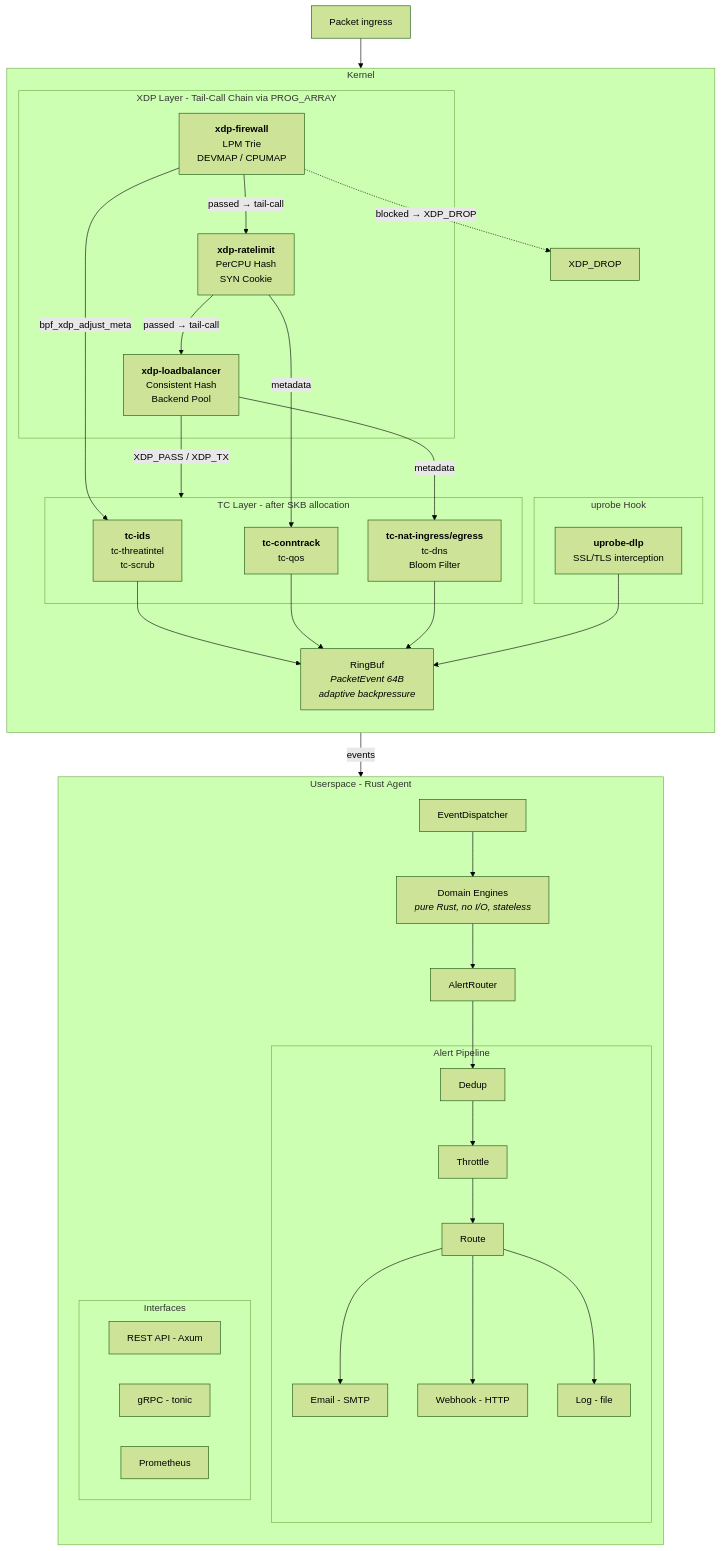
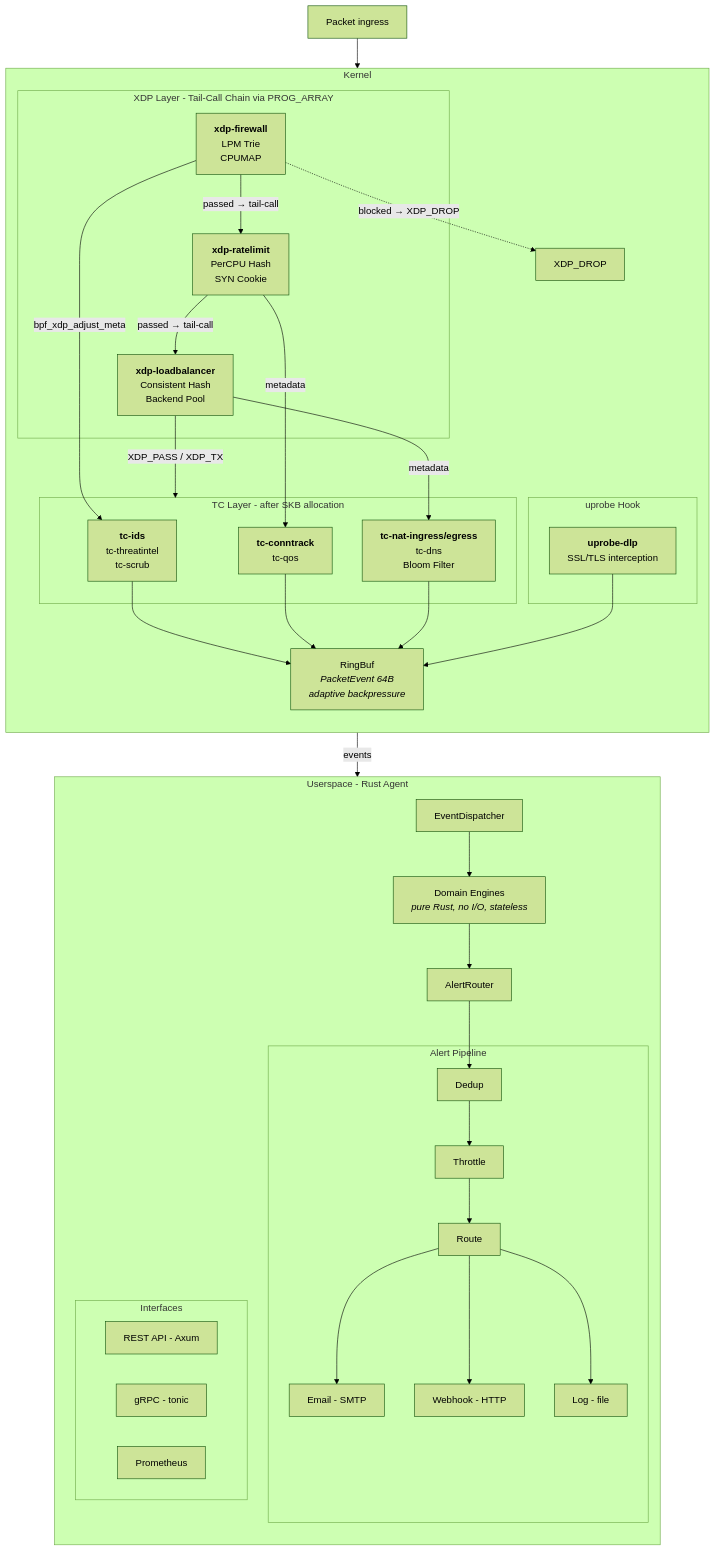
The diagram in docs/getting-started/concepts.md (ebpfsentinel/ebpfsentinel-docs), drawn with Mermaid (forest theme) before and after one commit. The commit also changed 13 other files, not shown here.

````diff
--- a/docs/getting-started/concepts.md
+++ b/docs/getting-started/concepts.md
@@ -10,67 +10,67 @@
 ```mermaid
 graph TD
     subgraph Kernel["Kernel"]
         direction TB
 
         subgraph XDP["XDP Layer - Tail-Call Chain via PROG_ARRAY"]
-            XDP_FW["<b>xdp-firewall</b><br/>LPM Trie<br/>DEVMAP / CPUMAP"]
+            XDP_FW["<b>xdp-firewall</b><br/>LPM Trie<br/>CPUMAP"]
             XDP_RL["<b>xdp-ratelimit</b><br/>PerCPU Hash<br/>SYN Cookie"]
             XDP_LB["<b>xdp-loadbalancer</b><br/>Consistent Hash<br/>Backend Pool"]
         end
 
         XDP_FW -- "passed → tail-call" --> XDP_RL
         XDP_RL -- "passed → tail-call" --> XDP_LB
         XDP_FW -. "blocked → XDP_DROP" .-> DROP["XDP_DROP"]
         XDP_LB -- "XDP_PASS / XDP_TX" --> TC_layer
 
         subgraph UPROBE["uprobe Hook"]
             DLP["<b>uprobe-dlp</b><br/>SSL/TLS interception"]
         end
 
         subgraph TC_layer["TC Layer - after SKB allocation"]
             TC_IDS["<b>tc-ids</b><br/>tc-threatintel<br/>tc-scrub"]
             TC_CT["<b>tc-conntrack</b><br/>tc-qos"]
             TC_NAT["<b>tc-nat-ingress/egress</b><br/>tc-dns<br/>Bloom Filter"]
         end
 
         XDP_FW -- "bpf_xdp_adjust_meta" --> TC_IDS
         XDP_RL -- "metadata" --> TC_CT
         XDP_LB -- "metadata" --> TC_NAT
 
         RB["RingBuf<br/><i>PacketEvent 64B</i><br/><i>adaptive backpressure</i>"]
 
         TC_IDS --> RB
         TC_CT --> RB
         TC_NAT --> RB
         DLP --> RB
     end
 
     subgraph Userspace["Userspace - Rust Agent"]
         direction TB
 
         ED["EventDispatcher"]
         DE["Domain Engines<br/><i>pure Rust, no I/O, stateless</i>"]
         AR["AlertRouter"]
 
         ED --> DE --> AR
 
         subgraph AlertPipeline["Alert Pipeline"]
             DEDUP["Dedup"] --> THROTTLE["Throttle"] --> ROUTE["Route"]
             ROUTE --> EMAIL["Email - SMTP"]
             ROUTE --> WEBHOOK["Webhook - HTTP"]
             ROUTE --> LOG["Log - file"]
         end
 
         AR --> DEDUP
 
         subgraph APIs["Interfaces"]
             REST["REST API - Axum"]
             GRPC["gRPC - tonic"]
             PROM["Prometheus"]
         end
     end
 
     RB -- "events" --> ED
 
     PKT["Packet ingress"] --> XDP_FW
 ```
````
